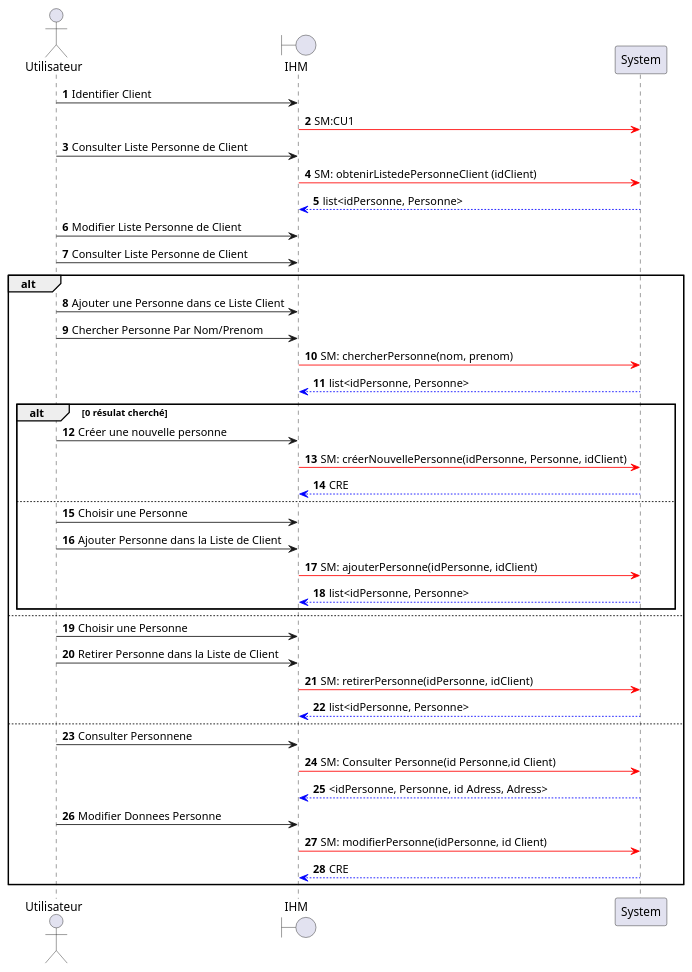
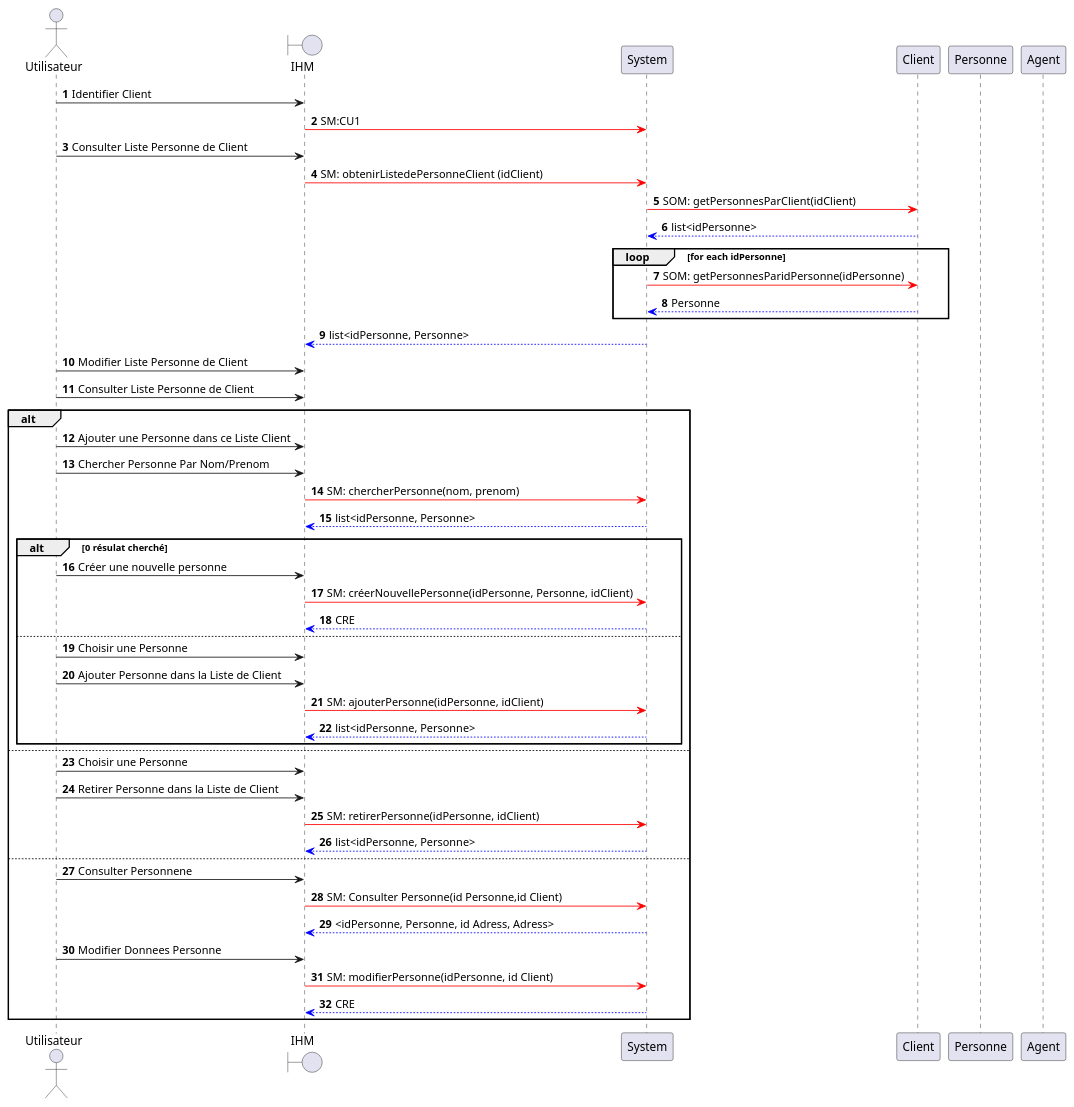
Before and after one commit to HZjiadong/PLD-MARS: the diagram in src/documentation/CU2-DSS.puml, drawn with PlantUML.

Commit message:
doc(CU2-DSS): Exemple DSD

```diff
--- a/src/documentation/CU2-DSS.puml
+++ b/src/documentation/CU2-DSS.puml
@@ -1,54 +1,65 @@
 @startuml
 
 actor Utilisateur as U
 boundary IHM as I
 participant System as S
+participant Client as C
+participant Personne as P
+participant Agent as A
 
 autonumber
 
 U->I: Identifier Client
     I-[#red]>S: SM:CU1
 
 U->I: Consulter Liste Personne de Client
     I-[#red]>S: SM: obtenirListedePersonneClient (idClient)
+        S-[#red]>C: SOM: getPersonnesParClient(idClient)
+        C-[#0000FF]->S: list<idPersonne>
+        loop for each idPersonne
+        S-[#red]>C: SOM: getPersonnesParidPersonne(idPersonne)
+        C-[#0000FF]->S: Personne
+        end
+
     S-[#0000FF]->I: list<idPersonne, Personne>
+
 
 U->I: Modifier Liste Personne de Client
 U->I: Consulter Liste Personne de Client
 alt
     U->I: Ajouter une Personne dans ce Liste Client
 
     U->I: Chercher Personne Par Nom/Prenom
         I-[#red]>S: SM: chercherPersonne(nom, prenom)
         S-[#0000FF]->I: list<idPersonne, Personne>
     alt  0 résulat cherché
     U->I: Créer une nouvelle personne
             I-[#red]>S: SM: créerNouvellePersonne(idPersonne, Personne, idClient)
             S-[#0000FF]->I: CRE
     else
     U->I: Choisir une Personne
 
     U->I: Ajouter Personne dans la Liste de Client
         I-[#red]>S: SM: ajouterPersonne(idPersonne, idClient)
         S-[#0000FF]->I: list<idPersonne, Personne>
     end
 else
     U->I: Choisir une Personne
     U->I: Retirer Personne dans la Liste de Client
         I-[#red]>S: SM: retirerPersonne(idPersonne, idClient)
         S-[#0000FF]->I: list<idPersonne, Personne>
 else
     U->I: Consulter Personnene
         I-[#red]>S: SM: Consulter Personne(id Personne,id Client)
         S-[#0000FF]->I: <idPersonne, Personne, id Adress, Adress>
     U->I: Modifier Donnees Personne
         I-[#red]>S: SM: modifierPersonne(idPersonne, id Client)
         S-[#0000FF]->I: CRE
 end
 
 
 
 
 
 
 @enduml
```
